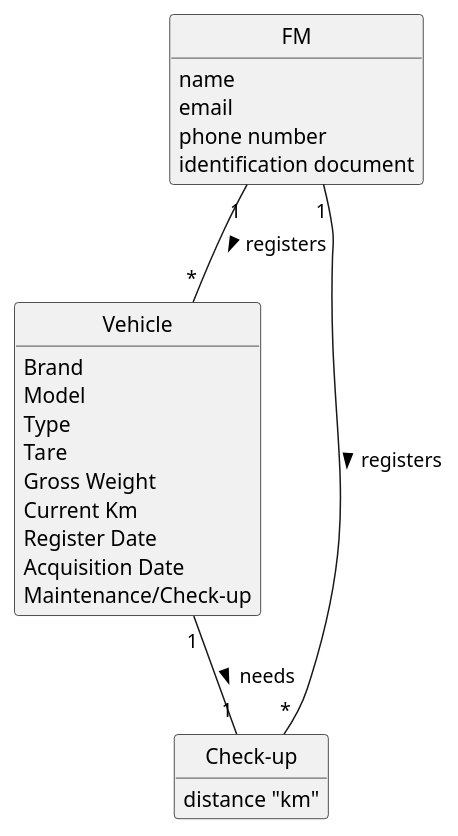
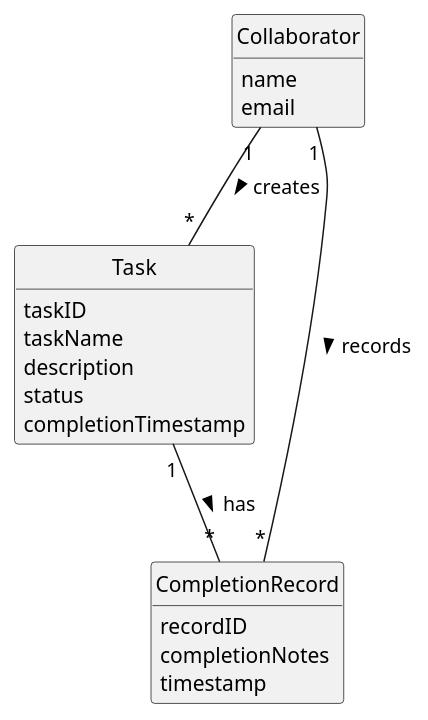
Before and after one commit to Departamento-de-Engenharia-Informatica/lei-24-s2-1dl-g121: the diagram in docs/sprintC/us029/02.analysis/puml/us029-domain-model.puml, drawn with PlantUML. The commit also changed 1 other file, not shown here.

Commit message:
some updates in project-domain-model.puml

```diff
--- a/docs/sprintC/us029/02.analysis/puml/us029-domain-model.puml
+++ b/docs/sprintC/us029/02.analysis/puml/us029-domain-model.puml
@@ -1,49 +1,34 @@
 @startuml
 skinparam monochrome true
 skinparam packageStyle rectangle
 skinparam shadowing false
-'skinparam linetype ortho
-'left to right direction
 skinparam classAttributeIconSize 0
 hide circle
 hide methods
 
-'title Domain Model
+'title Domain Model for Task Completion
 
-'class Platform {
-'  -description
-'}
-
-
-class FM{
+class Collaborator {
     name
     email
-    phone number
-    identification document
 }
 
-
-class Vehicle{
-    Brand
-    Model
-    Type
-    Tare
-    Gross Weight
-    Current Km
-    Register Date
-    Acquisition Date
-    Maintenance/Check-up
+class Task {
+    taskID
+    taskName
+    description
+    status
+    completionTimestamp
 }
 
-class Check-up{
-    distance "km"
+class CompletionRecord {
+    recordID
+    completionNotes
+    timestamp
 }
 
-
-
-FM "1" -- "*" Vehicle : registers >
-FM "1" -- "*" "Check-up" : registers >
-Vehicle "1" -- "1" "Check-up" : needs >
-
+Collaborator "1" -- "*" Task : creates >
+Task "1" -- "*" CompletionRecord : has >
+Collaborator "1" -- "*" CompletionRecord : records >
 
 @enduml
```
